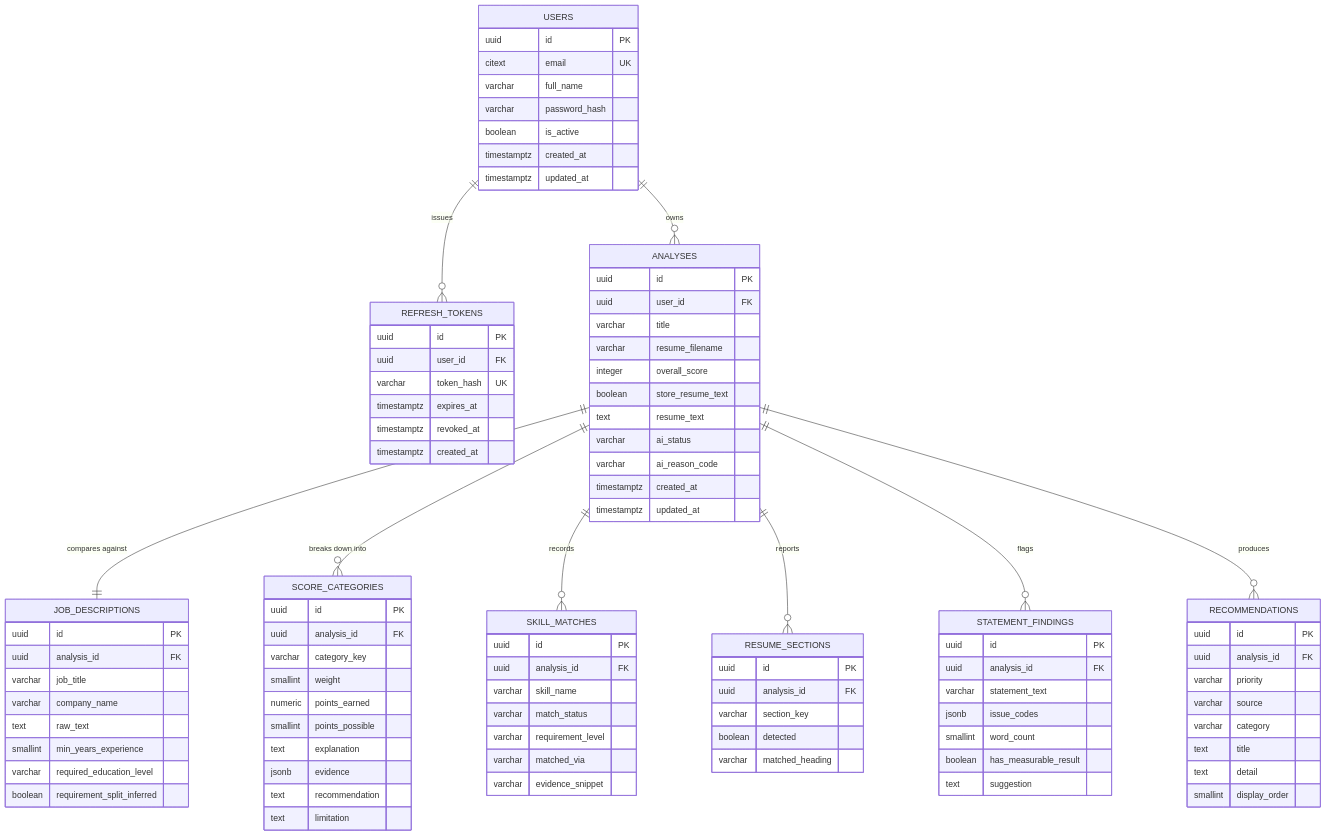
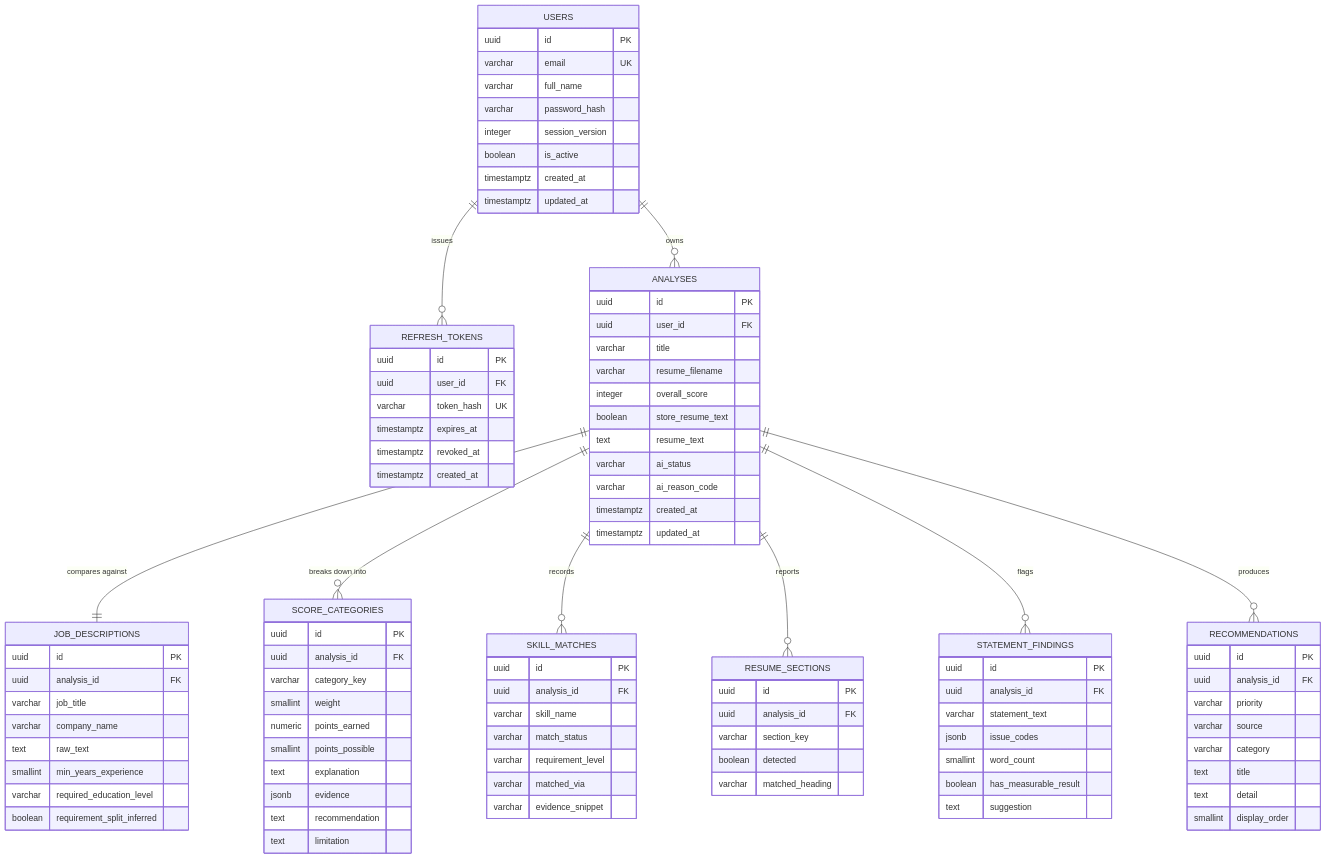
One commit to tayyab-hub/resumeiq changed the diagram in docs/04-database-design.md. Above: the diagram before and after it, drawn with Mermaid. The commit also changed other lines of this file and 15 other files, not shown here.

```diff
--- a/docs/04-database-design.md
+++ b/docs/04-database-design.md
@@ -20,9 +28,10 @@
 
     USERS {
         uuid id PK
-        citext email UK
+        varchar email UK
         varchar full_name
         varchar password_hash
+        integer session_version
         boolean is_active
         timestamptz created_at
         timestamptz updated_at
```
